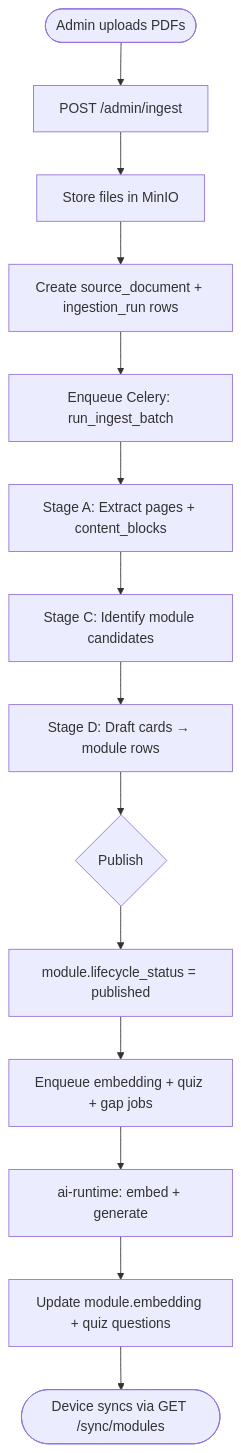
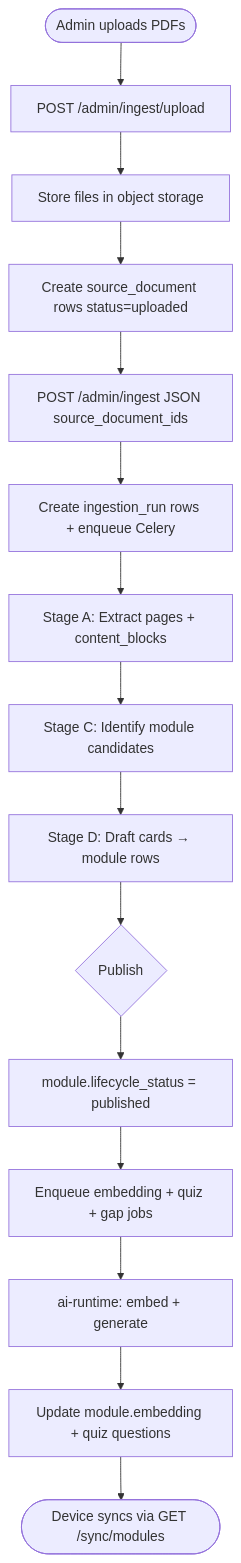
The sixth of 11 diagrams in docs/ARCHITECTURE.md (sanket04-beehyv/spice-coaching), drawn with Mermaid before and after one commit. The commit also changed other lines of this file and 501 other files, not shown here.

````diff
--- a/docs/ARCHITECTURE.md
+++ b/docs/ARCHITECTURE.md
@@ -424,16 +422,17 @@
 ```mermaid
 flowchart TD
-    A([Admin uploads PDFs]) --> B[POST /admin/ingest]
-    B --> C[Store files in MinIO]
-    C --> D[Create source_document + ingestion_run rows]
-    D --> E[Enqueue Celery: run_ingest_batch]
-    E --> F[Stage A: Extract pages + content_blocks]
-    F --> G[Stage C: Identify module candidates]
-    G --> H[Stage D: Draft cards → module rows]
-    H --> I{Publish}
-    I --> J[module.lifecycle_status = published]
-    J --> K[Enqueue embedding + quiz + gap jobs]
-    K --> L[ai-runtime: embed + generate]
-    L --> M[Update module.embedding + quiz questions]
-    M --> N([Device syncs via GET /sync/modules])
+    A([Admin uploads PDFs]) --> B[POST /admin/ingest/upload]
+    B --> C[Store files in object storage]
+    C --> D[Create source_document rows status=uploaded]
+    D --> E[POST /admin/ingest JSON source_document_ids]
+    E --> F[Create ingestion_run rows + enqueue Celery]
+    F --> G[Stage A: Extract pages + content_blocks]
+    G --> H[Stage C: Identify module candidates]
+    H --> I[Stage D: Draft cards → module rows]
+    I --> J{Publish}
+    J --> K[module.lifecycle_status = published]
+    K --> L[Enqueue embedding + quiz + gap jobs]
+    L --> M[ai-runtime: embed + generate]
+    M --> N[Update module.embedding + quiz questions]
+    N --> O([Device syncs via GET /sync/modules])
 ```
````
